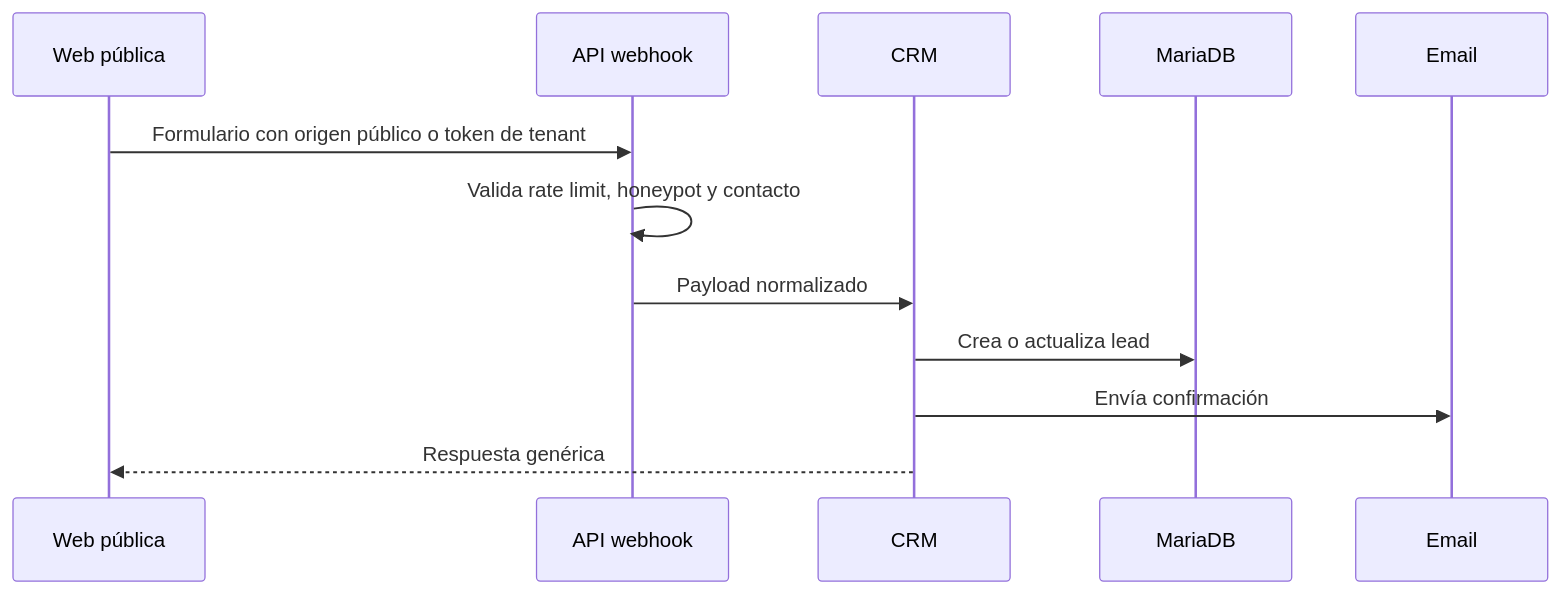
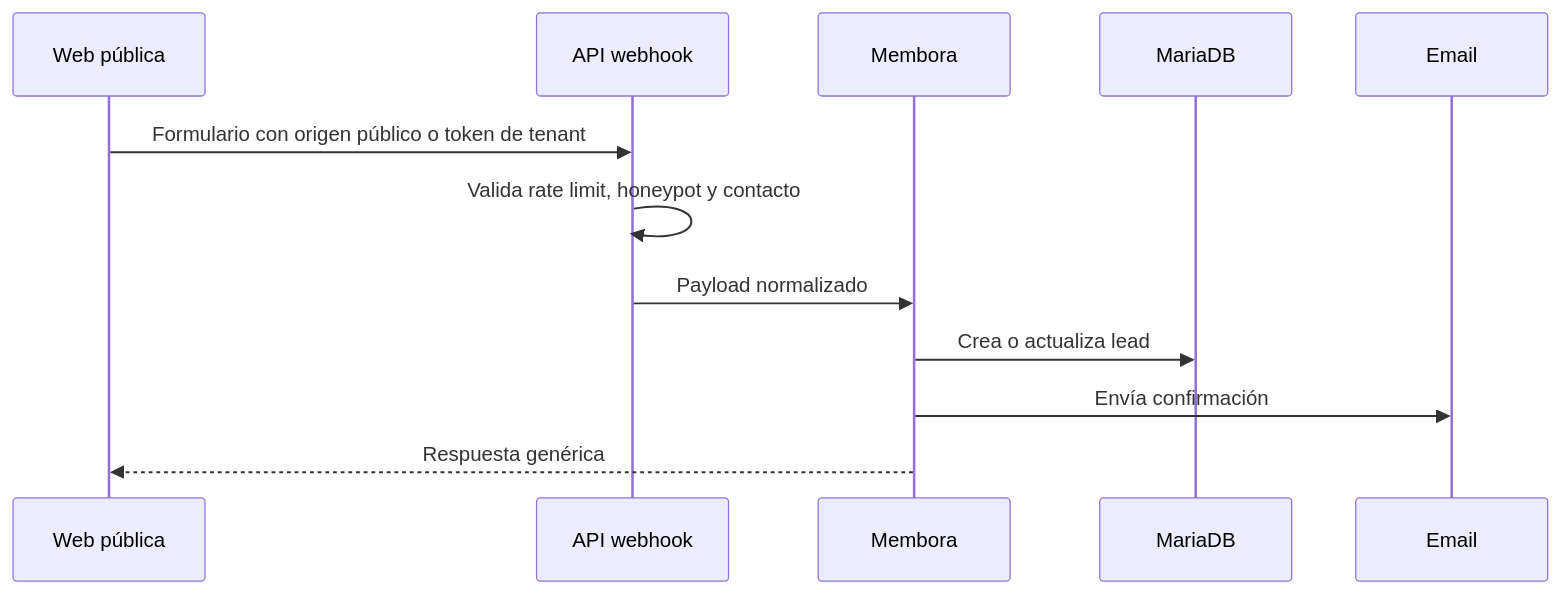
The fourth of 8 diagrams in docs/18-arquitectura-y-flujos.md (Jacketring/Membora-CRM), drawn with Mermaid before and after one commit. The commit also changed other lines of this file and 70 other files, not shown here.

````diff
--- a/docs/18-arquitectura-y-flujos.md
+++ b/docs/18-arquitectura-y-flujos.md
@@ -51,14 +51,14 @@
 ```mermaid
 sequenceDiagram
     participant W as Web pública
     participant API as API webhook
-    participant CRM as CRM
+    participant CRM as Membora
     participant DB as MariaDB
     participant M as Email
     W->>API: Formulario con origen público o token de tenant
     API->>API: Valida rate limit, honeypot y contacto
     API->>CRM: Payload normalizado
     CRM->>DB: Crea o actualiza lead
     CRM->>M: Envía confirmación
     CRM-->>W: Respuesta genérica
 ```
````
